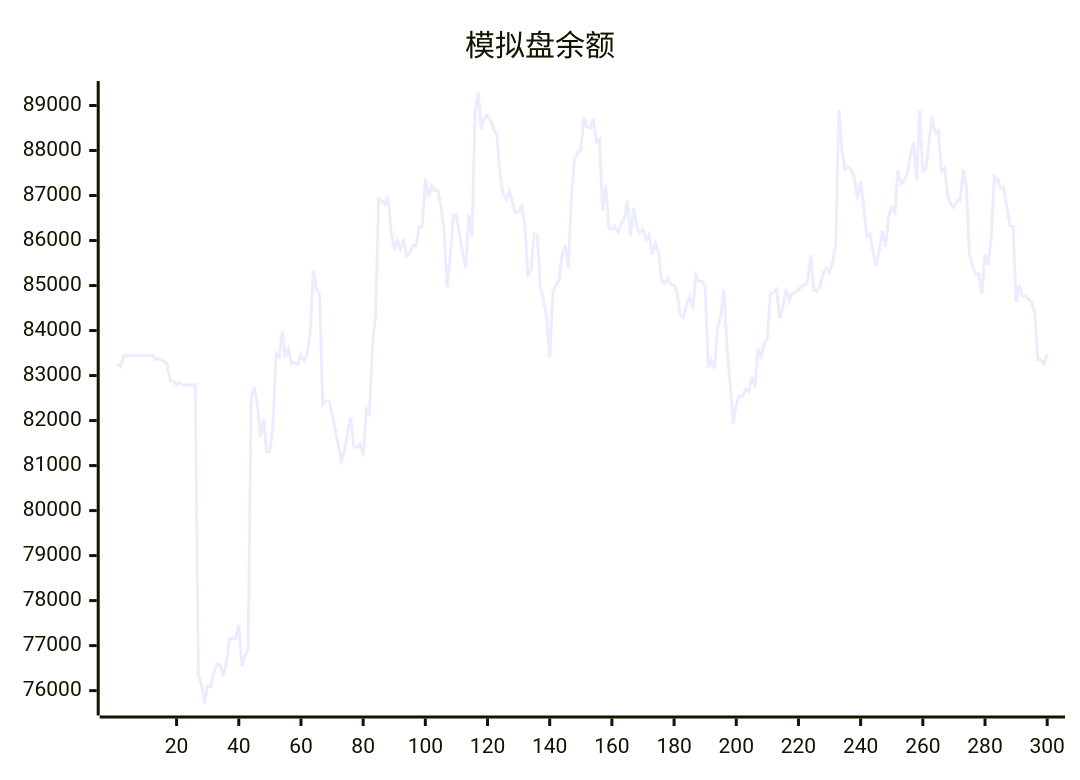
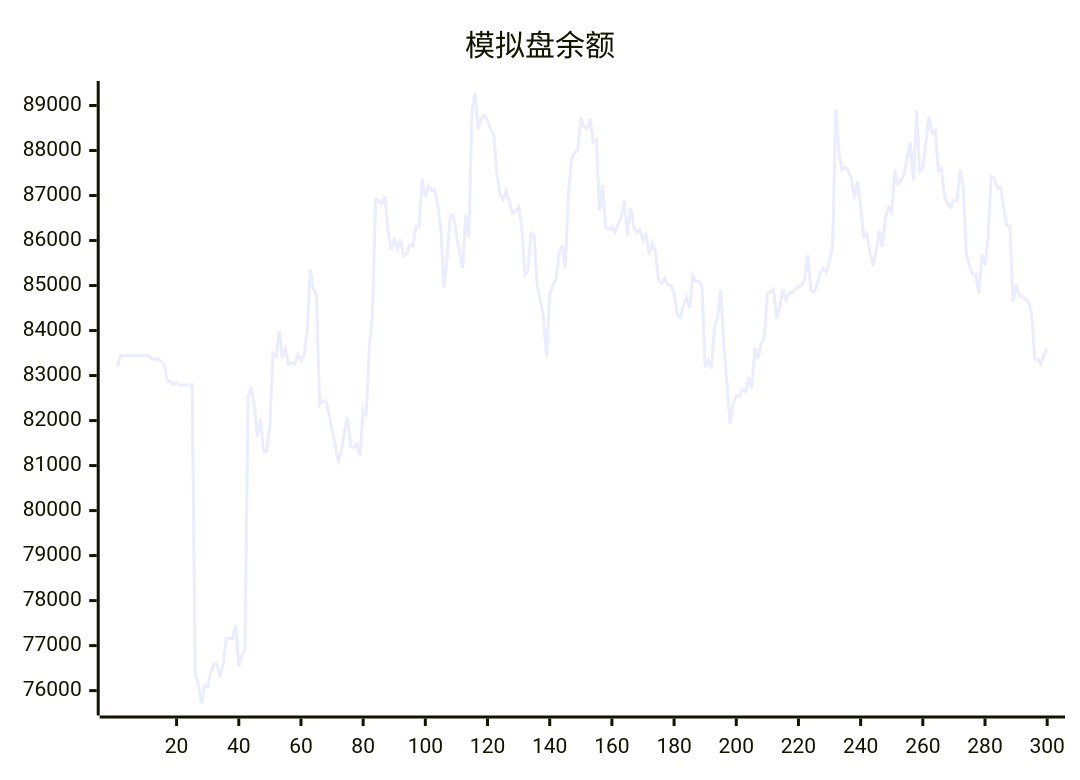
Before and after one commit to aahl/ai-trading: the diagram in README.md, drawn with Mermaid. The commit also changed other lines of this file and 1 other file, not shown here.

````diff
--- a/README.md
+++ b/README.md
@@ -5,5 +5,5 @@
 ```mermaid
 xychart
     title "模拟盘余额"
-    line [83264,83203,83440,83439,83440,83440,83446,83447,83448,83447,83448,83449,83369,83369,83369,83313,83256,82872,82873,82801,82844,82785,82791,82791,82793,82794,76339,76145,75714,76110,76096,76397,76594,76585,76310,76607,77160,77170,77160,77456,76541,76774,76927,82520,82744,82337,81639,82040,81307,81314,81887,83490,83414,83984,83396,83594,83261,83287,83253,83470,83327,83465,83987,85348,84930,84786,82355,82433,82438,82167,81795,81466,81105,81315,81756,82064,81426,81398,81481,81210,82242,82099,83658,84359,86925,86892,86814,86980,86203,85802,86003,85811,86028,85657,85721,85896,85880,86300,86299,87378,86965,87214,87115,87118,86780,86238,84966,85623,86555,86562,86129,85722,85387,86569,86070,88870,89278,88477,88720,88781,88668,88467,88372,87493,87018,86917,87102,86870,86613,86644,86758,86317,85242,85334,86149,86106,84968,84671,84302,83410,84816,85001,85127,85693,85891,85384,87001,87811,87945,88007,88734,88528,88495,88705,88189,88248,86662,87234,86279,86251,86314,86177,86364,86503,86886,86114,86731,86310,86176,86240,86017,86136,85685,85938,85749,85111,85044,85164,85016,85008,84824,84354,84287,84572,84745,84500,85234,85096,85095,84970,83180,83338,83157,84070,84309,84922,83667,82850,81924,82369,82552,82539,82695,82648,82962,82728,83619,83378,83710,83825,84819,84854,84917,84265,84527,84919,84668,84834,84850,84916,84981,85004,85131,85674,84891,84864,85019,85284,85393,85294,85538,85894,88904,88012,87567,87625,87568,87386,86920,87313,86737,86094,86143,85725,85437,85787,86219,85859,86526,86740,86630,87563,87264,87335,87483,87886,88180,87335,88894,87544,87608,88207,88755,88401,88444,87543,87608,87000,86810,86740,86894,86884,87576,87209,85686,85435,85251,85255,84820,85689,85453,86066,87420,87373,87161,87178,86740,86341,86315,84643,85012,84772,84768,84690,84635,84376,83360,83357,83259,83474]
+    line [83203,83440,83439,83440,83440,83446,83447,83448,83447,83448,83449,83369,83369,83369,83313,83256,82872,82873,82801,82844,82785,82791,82791,82793,82794,76339,76145,75714,76110,76096,76397,76594,76585,76310,76607,77160,77170,77160,77456,76541,76774,76927,82520,82744,82337,81639,82040,81307,81314,81887,83490,83414,83984,83396,83594,83261,83287,83253,83470,83327,83465,83987,85348,84930,84786,82355,82433,82438,82167,81795,81466,81105,81315,81756,82064,81426,81398,81481,81210,82242,82099,83658,84359,86925,86892,86814,86980,86203,85802,86003,85811,86028,85657,85721,85896,85880,86300,86299,87378,86965,87214,87115,87118,86780,86238,84966,85623,86555,86562,86129,85722,85387,86569,86070,88870,89278,88477,88720,88781,88668,88467,88372,87493,87018,86917,87102,86870,86613,86644,86758,86317,85242,85334,86149,86106,84968,84671,84302,83410,84816,85001,85127,85693,85891,85384,87001,87811,87945,88007,88734,88528,88495,88705,88189,88248,86662,87234,86279,86251,86314,86177,86364,86503,86886,86114,86731,86310,86176,86240,86017,86136,85685,85938,85749,85111,85044,85164,85016,85008,84824,84354,84287,84572,84745,84500,85234,85096,85095,84970,83180,83338,83157,84070,84309,84922,83667,82850,81924,82369,82552,82539,82695,82648,82962,82728,83619,83378,83710,83825,84819,84854,84917,84265,84527,84919,84668,84834,84850,84916,84981,85004,85131,85674,84891,84864,85019,85284,85393,85294,85538,85894,88904,88012,87567,87625,87568,87386,86920,87313,86737,86094,86143,85725,85437,85787,86219,85859,86526,86740,86630,87563,87264,87335,87483,87886,88180,87335,88894,87544,87608,88207,88755,88401,88444,87543,87608,87000,86810,86740,86894,86884,87576,87209,85686,85435,85251,85255,84820,85689,85453,86066,87420,87373,87161,87178,86740,86341,86315,84643,85012,84772,84768,84690,84635,84376,83360,83357,83259,83474,83608]
 ```
````
